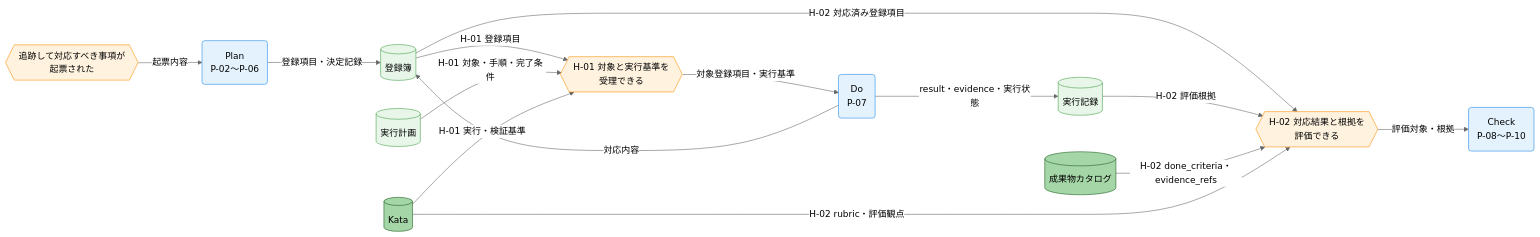
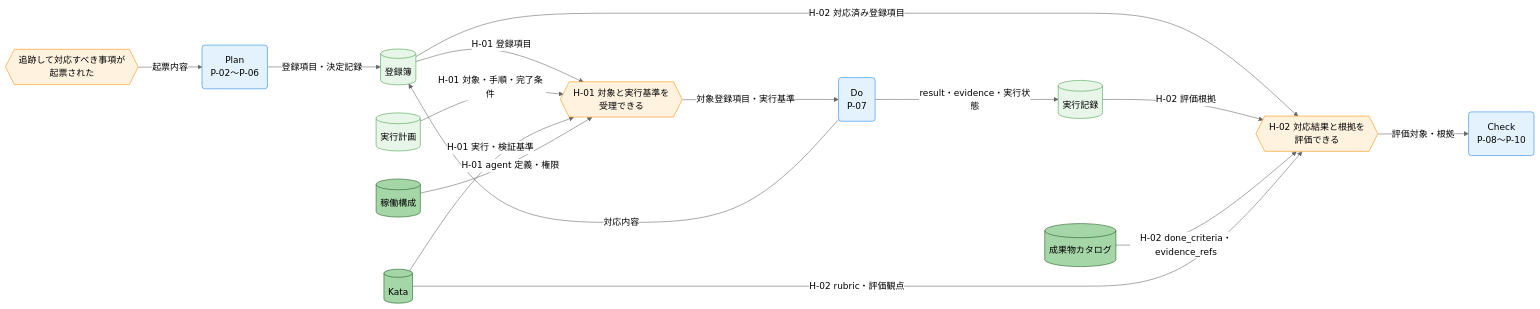
Before and after one commit to specdojo/specdojo: the first of 2 diagrams in docs/ja/product/010-business-specs/010-data-flow/cdfd-uc-register.md, drawn with Mermaid (neutral theme). The commit also changed other lines of this file and 4 other files, not shown here.

Commit message:
exec(T-DATA-FLOW-PDCA-cdfd-uc-register-075): apply task changes

````diff
--- a/docs/ja/product/010-business-specs/010-data-flow/cdfd-uc-register.md
+++ b/docs/ja/product/010-business-specs/010-data-flow/cdfd-uc-register.md
@@ -111,38 +112,40 @@
 ```mermaid
 flowchart LR
   classDef process fill:#e3f2fd,stroke:#1e88e5,color:#000
   classDef event fill:#fff3e0,stroke:#fb8c00,color:#000
   classDef storeMaster fill:#a5d6a7,stroke:#1b5e20,color:#000
   classDef storeTransaction fill:#e8f5e9,stroke:#43a047,color:#000
 
   Start{{"追跡して対応すべき事項が<br>起票された"}}
   Plan("Plan<br>P-02〜P-06")
   H01{{"H-01 対象と実行基準を<br>受理できる"}}
   Do("Do<br>P-07")
   H02{{"H-02 対応結果と根拠を<br>評価できる"}}
   Check("Check<br>P-08〜P-10")
   Kata[("Kata")]
+  Config[("稼働構成")]
   Catalog[("成果物カタログ")]
   Register[("登録簿")]
   PlanStore[("実行計画")]
   ExecLog[("実行記録")]
 
   Start -->|"起票内容"| Plan
   Plan -->|"登録項目・決定記録"| Register
   Register -->|"H-01 登録項目"| H01
   PlanStore -->|"H-01 対象・手順・完了条件"| H01
   Kata -->|"H-01 実行・検証基準"| H01
+  Config -->|"H-01 agent 定義・権限"| H01
   H01 -->|"対象登録項目・実行基準"| Do
   Do -->|"対応内容"| Register
   Do -->|"result・evidence・実行状態"| ExecLog
   Register -->|"H-02 対応済み登録項目"| H02
   ExecLog -->|"H-02 評価根拠"| H02
   Catalog -->|"H-02 done_criteria・evidence_refs"| H02
   Kata -->|"H-02 rubric・評価観点"| H02
   H02 -->|"評価対象・根拠"| Check
 
   class Plan,Do,Check process
   class Start,H01,H02 event
-  class Kata,Catalog storeMaster
+  class Kata,Config,Catalog storeMaster
   class Register,PlanStore,ExecLog storeTransaction
 ```
````
